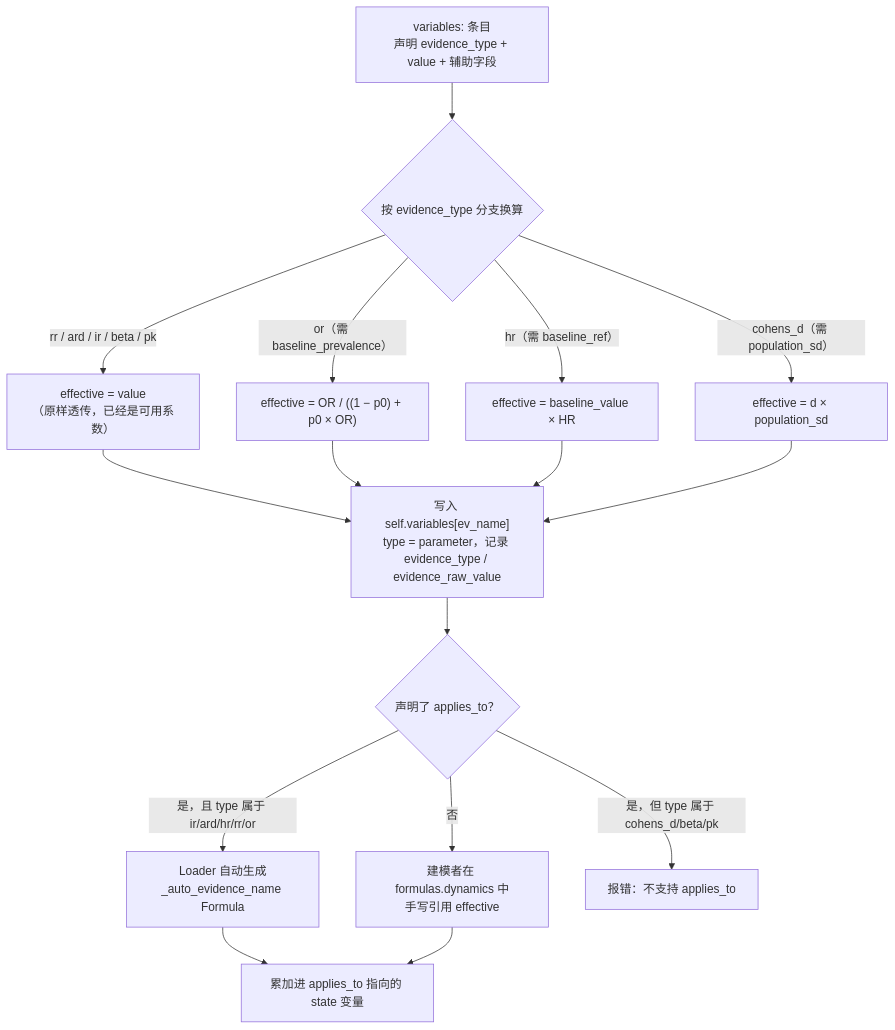
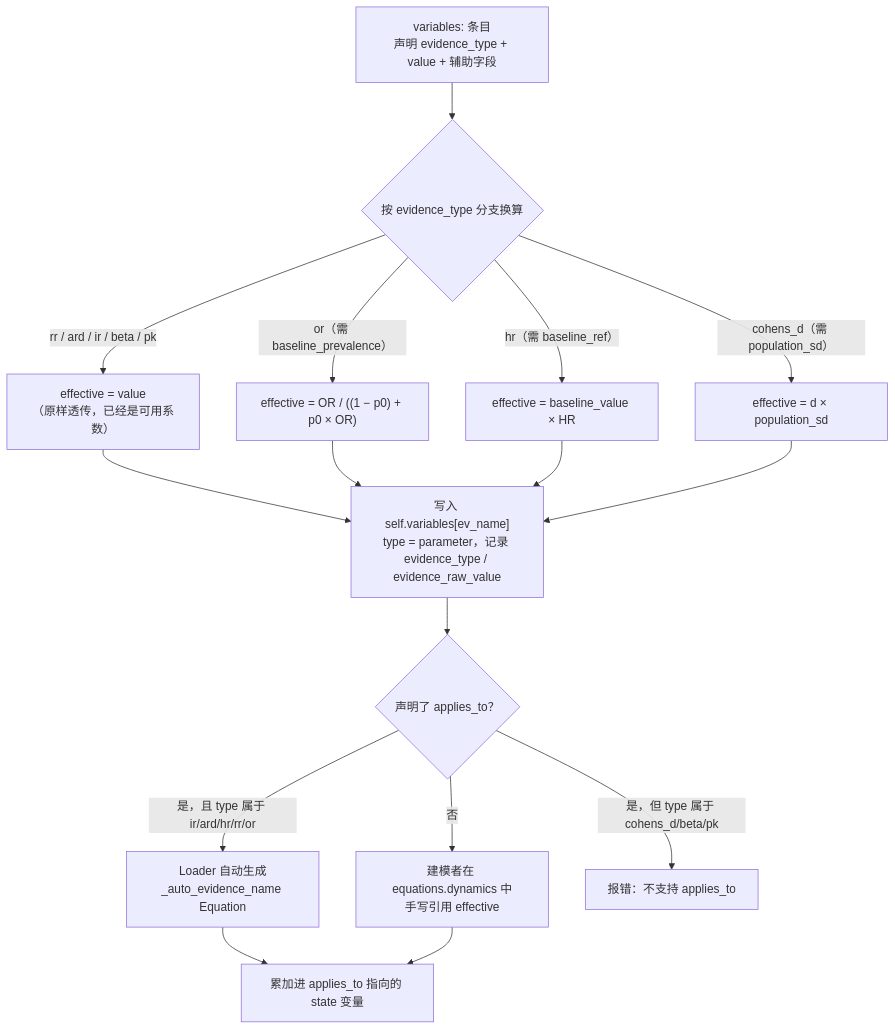
One commit to shenfan19/life-matters-reference-engine changed the first of 2 diagrams in docs/evidence/conversion.md. Above: the diagram before and after it, drawn with Mermaid. The commit also changed other lines of this file and 49 other files, not shown here.

Commit message:
formulas to equation

````diff
--- a/docs/evidence/conversion.md
+++ b/docs/evidence/conversion.md
@@ -17,18 +17,18 @@
 ```mermaid
 flowchart TD
     Y["variables: 条目<br/>声明 evidence_type + value + 辅助字段"] --> T{"按 evidence_type 分支换算"}
     T -->|"rr / ard / ir / beta / pk"| S1["effective = value<br/>（原样透传，已经是可用系数）"]
     T -->|"or（需 baseline_prevalence）"| S2["effective = OR / ((1 − p0) + p0 × OR)"]
     T -->|"hr（需 baseline_ref）"| S3["effective = baseline_value × HR"]
     T -->|"cohens_d（需 population_sd）"| S4["effective = d × population_sd"]
     S1 --> V["写入 self.variables[ev_name]<br/>type = parameter，记录 evidence_type / evidence_raw_value"]
     S2 --> V
     S3 --> V
     S4 --> V
     V --> A{"声明了 applies_to？"}
-    A -->|"否"| M["建模者在 formulas.dynamics 中<br/>手写引用 effective"]
-    A -->|"是，且 type 属于 ir/ard/hr/rr/or"| G["Loader 自动生成<br/>_auto_evidence_name Formula"]
+    A -->|"否"| M["建模者在 equations.dynamics 中<br/>手写引用 effective"]
+    A -->|"是，且 type 属于 ir/ard/hr/rr/or"| G["Loader 自动生成<br/>_auto_evidence_name Equation"]
     A -->|"是，但 type 属于 cohens_d/beta/pk"| E["报错：不支持 applies_to"]
     G --> D["累加进 applies_to 指向的 state 变量"]
     M --> D
 ```
````
